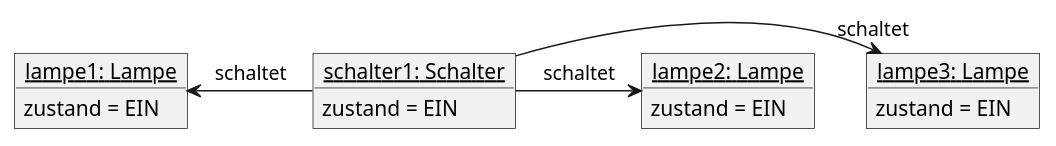
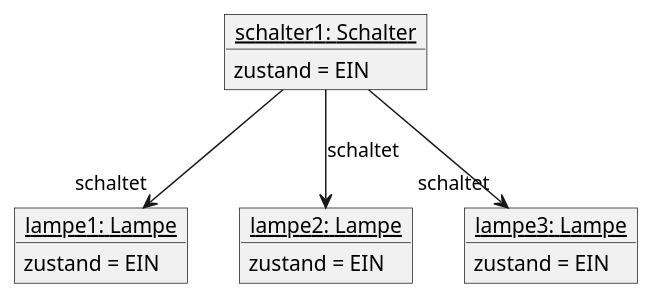
The second of 5 diagrams in docs/anwendungsentwicklung/objektorientierte-analyse-und-modellierung/information-objektorientierte-modellierung.adoc (andrebauer/unterricht), drawn with PlantUML before and after one commit. The commit also changed other lines of this file and 72 other files, not shown here.

```diff
--- a/docs/anwendungsentwicklung/objektorientierte-analyse-und-modellierung/information-objektorientierte-modellierung.adoc
+++ b/docs/anwendungsentwicklung/objektorientierte-analyse-und-modellierung/information-objektorientierte-modellierung.adoc
@@ -71,24 +66,24 @@
 [plantuml, {prefix}-objektdiagramm-schalter-drei-lampen-2, svg]
 ....
 object "<u>schalter1: Schalter</u>" as schalter1 {
   zustand = EIN
 } 
 
 object "<u>lampe1: Lampe</u>" as lampe1 {
   zustand = EIN
 } 
 
 object "<u>lampe2: Lampe</u>" as lampe2 {
   zustand = EIN
 } 
 
 object "<u>lampe3: Lampe</u>" as lampe3 {
   zustand = EIN
 } 
 
-lampe1 <- schalter1 : schaltet
+schalter1 -down-> "schaltet" lampe1
 
-schalter1 -> "     schaltet" lampe3
+schalter1 -down-> "schaltet" lampe3
 
-schalter1 -> lampe2 : schaltet
+schalter1 -down-> lampe2 : schaltet
 ....
```
